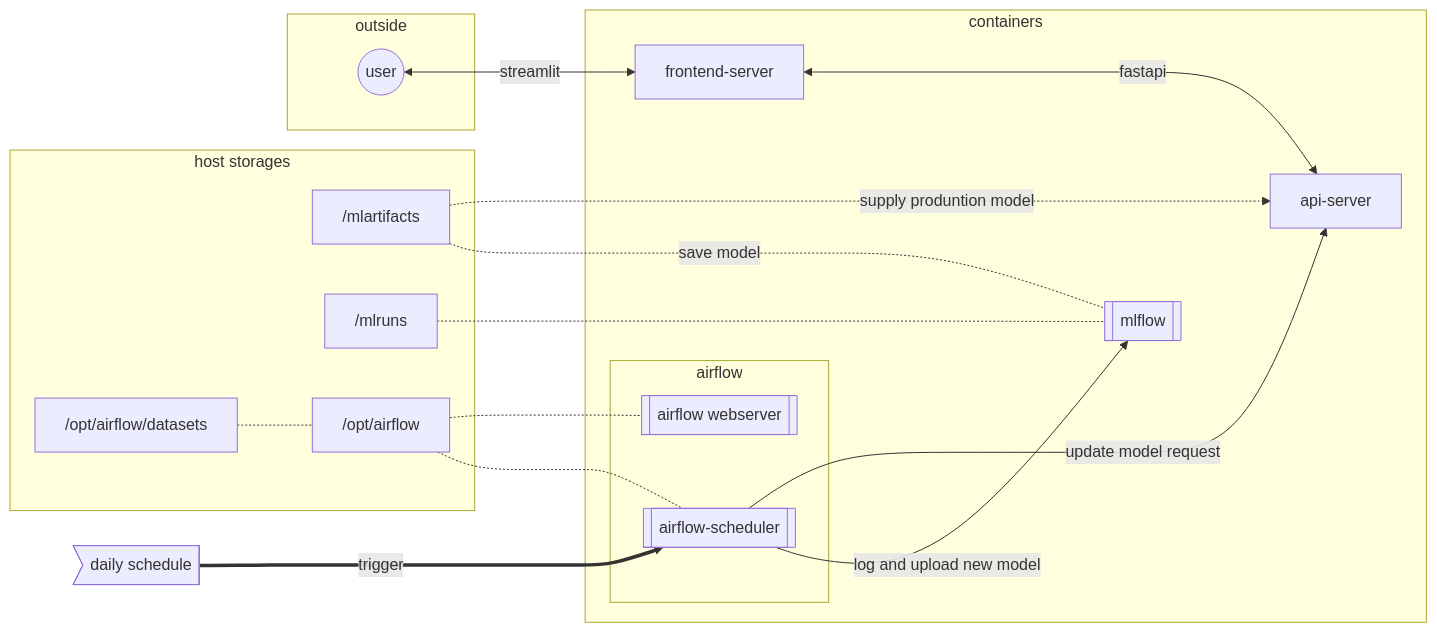
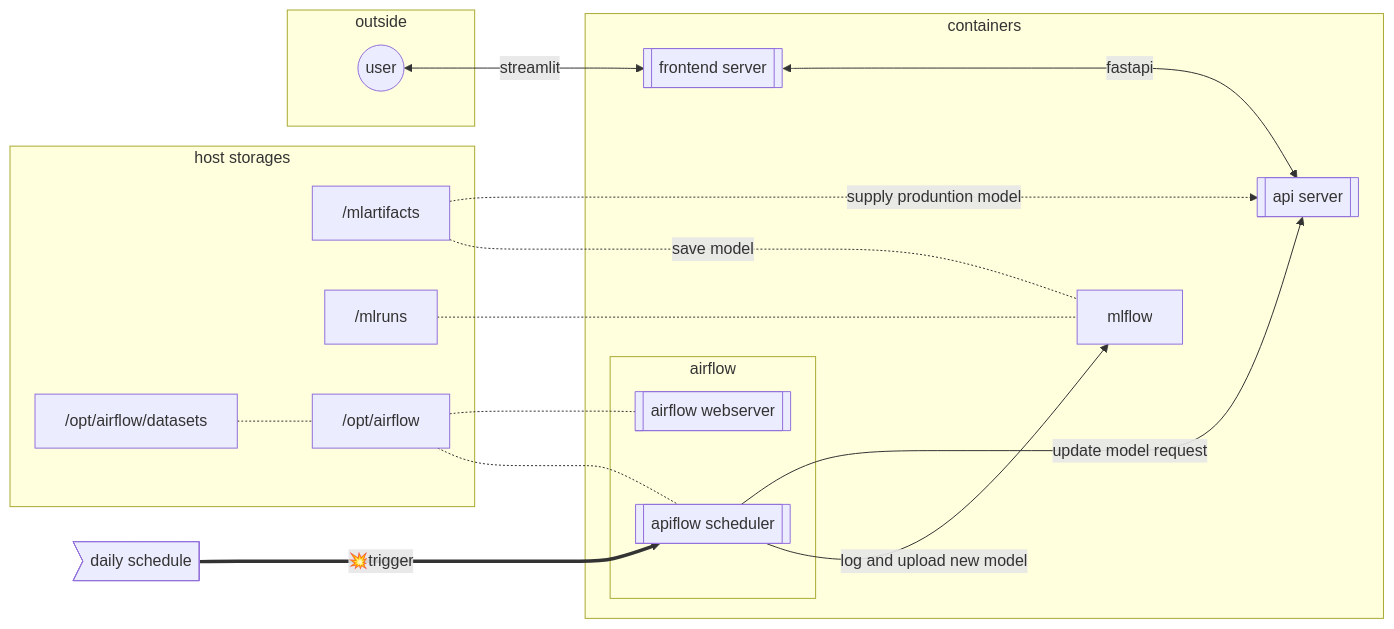
Before and after one commit to deptno/public-wiki: the first of 2 diagrams in upstage-ai-lab-project-03.md, drawn with Mermaid. The commit also changed other lines of this file, not shown here.

Commit message:
dash 제거, mermaid 오류 제거

````diff
--- a/upstage-ai-lab-project-03.md
+++ b/upstage-ai-lab-project-03.md
@@ -43,33 +43,33 @@
 ```mermaid
 flowchart LR
   subgraph host storages
     /mlartifacts
     /mlruns
     /opt/airflow
     /opt/airflow/datasets -.- /opt/airflow
   end
   subgraph containers
-    frontend-server
-    api-server
+    frontend-server[[frontend server]]
+    api-server[[api server]]
     subgraph airflows [airflow]
-      airflow[[airflow-scheduler]]
-      airflow-ui[[airflow webserver]]
+      airflow-scheduler[[apiflow scheduler]]
+      airflow-webserver[[airflow webserver]]
     end
-    mlflow[[mlflow]]
+    mlflow
   end
-    trigger>daily schedule] ==trigger===> airflow
   subgraph outside
     user((user))
   end
    
   /mlruns -.- mlflow
   /mlartifacts -.save model.- mlflow
   /mlartifacts -.supply produntion model.-> api-server
-  /opt/airflow -.- airflow
-  /opt/airflow -.- airflow-ui
+  /opt/airflow -.- airflow-scheduler
+  /opt/airflow -.- airflow-webserver
   
-  airflow --log and upload new model--> mlflow
-  airflow --update model request---> api-server
+  trigger>daily schedule] ==💥trigger===> airflow-scheduler
+  airflow-scheduler --log and upload new model--> mlflow
+  airflow-scheduler --update model request---> api-server
   frontend-server <--fastapi---> api-server
   user <--streamlit--> frontend-server
 ```
````
